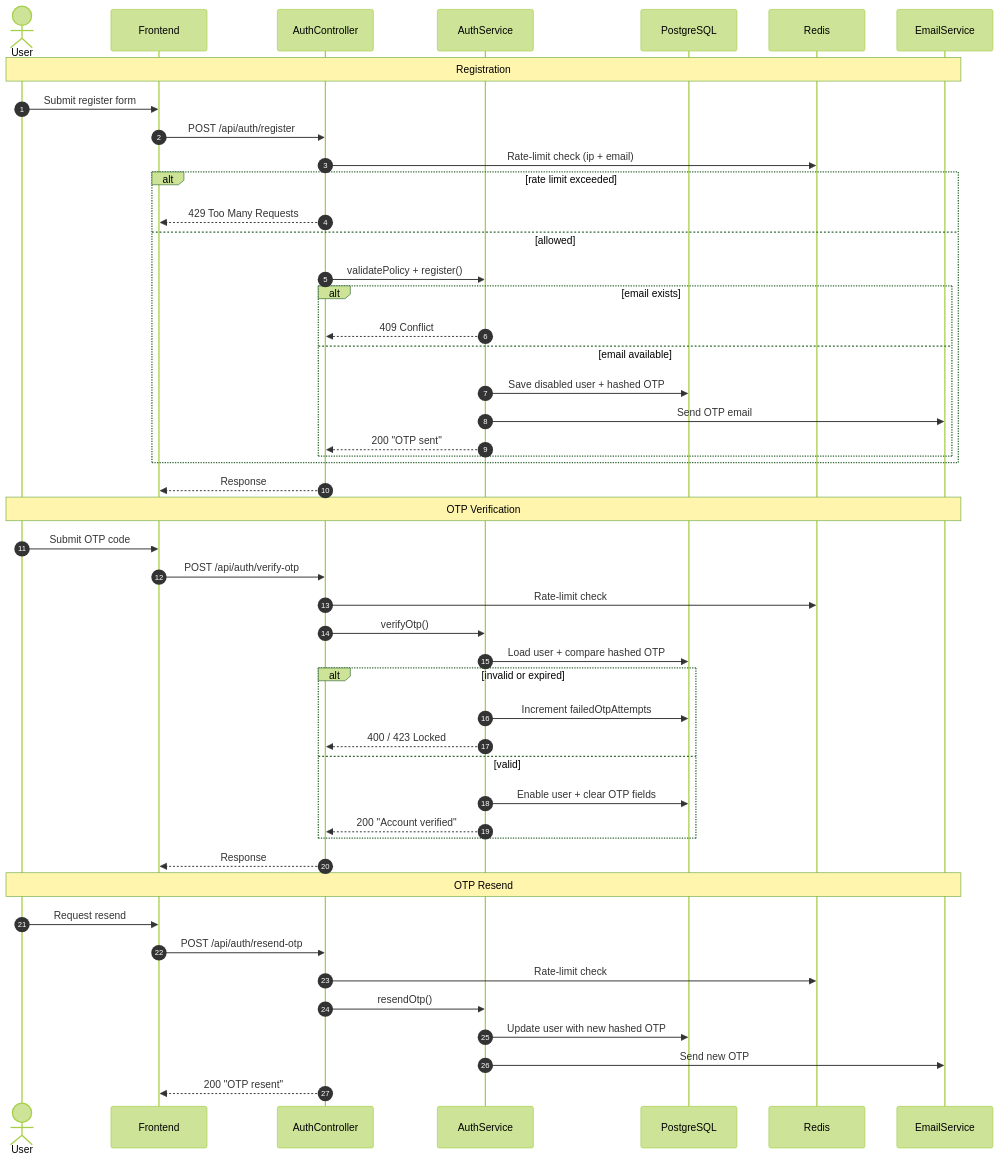
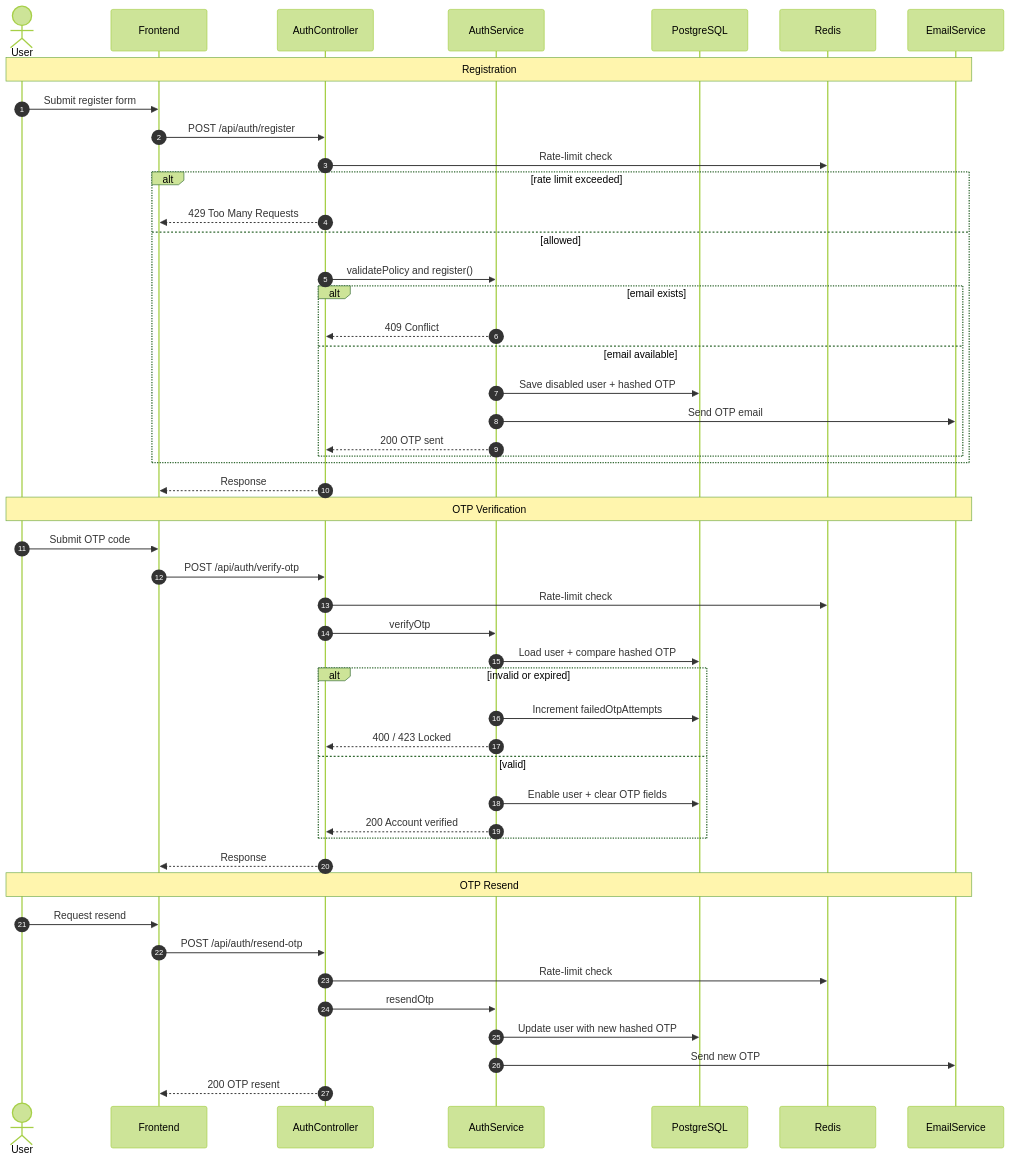
The sixth of 12 diagrams in README.md (himanshugupta91/Full-Stack-Authentication-System), drawn with Mermaid (forest theme) before and after one commit. The commit also changed other lines of this file, not shown here.

Commit message:
Fix all mermaid diagrams: remove special chars, parentheses, quotes, and Unicode from labels

````diff
--- a/README.md
+++ b/README.md
@@ -276,53 +276,53 @@
 ```mermaid
 sequenceDiagram
     autonumber
     actor User
     participant FE as Frontend
     participant API as AuthController
     participant SVC as AuthService
     participant DB as PostgreSQL
     participant REDIS as Redis
     participant MAIL as EmailService
 
     Note over User,MAIL: Registration
     User->>FE: Submit register form
     FE->>API: POST /api/auth/register
-    API->>REDIS: Rate-limit check (ip + email)
+    API->>REDIS: Rate-limit check
     alt rate limit exceeded
         API-->>FE: 429 Too Many Requests
     else allowed
-        API->>SVC: validatePolicy + register()
+    API->>SVC: validatePolicy and register()
         alt email exists
             SVC-->>API: 409 Conflict
         else email available
             SVC->>DB: Save disabled user + hashed OTP
             SVC->>MAIL: Send OTP email
-            SVC-->>API: 200 "OTP sent"
+            SVC-->>API: 200 OTP sent
         end
     end
     API-->>FE: Response
 
     Note over User,MAIL: OTP Verification
     User->>FE: Submit OTP code
     FE->>API: POST /api/auth/verify-otp
     API->>REDIS: Rate-limit check
-    API->>SVC: verifyOtp()
+    API->>SVC: verifyOtp
     SVC->>DB: Load user + compare hashed OTP
     alt invalid or expired
         SVC->>DB: Increment failedOtpAttempts
         SVC-->>API: 400 / 423 Locked
     else valid
         SVC->>DB: Enable user + clear OTP fields
-        SVC-->>API: 200 "Account verified"
+        SVC-->>API: 200 Account verified
     end
     API-->>FE: Response
 
     Note over User,MAIL: OTP Resend
     User->>FE: Request resend
     FE->>API: POST /api/auth/resend-otp
     API->>REDIS: Rate-limit check
-    API->>SVC: resendOtp()
+    API->>SVC: resendOtp
     SVC->>DB: Update user with new hashed OTP
     SVC->>MAIL: Send new OTP
-    API-->>FE: 200 "OTP resent"
+    API-->>FE: 200 OTP resent
 ```
````
